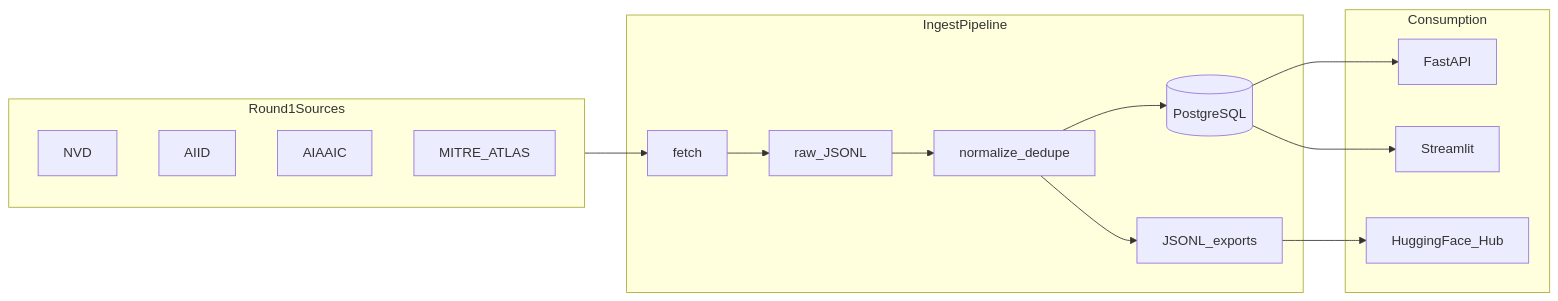
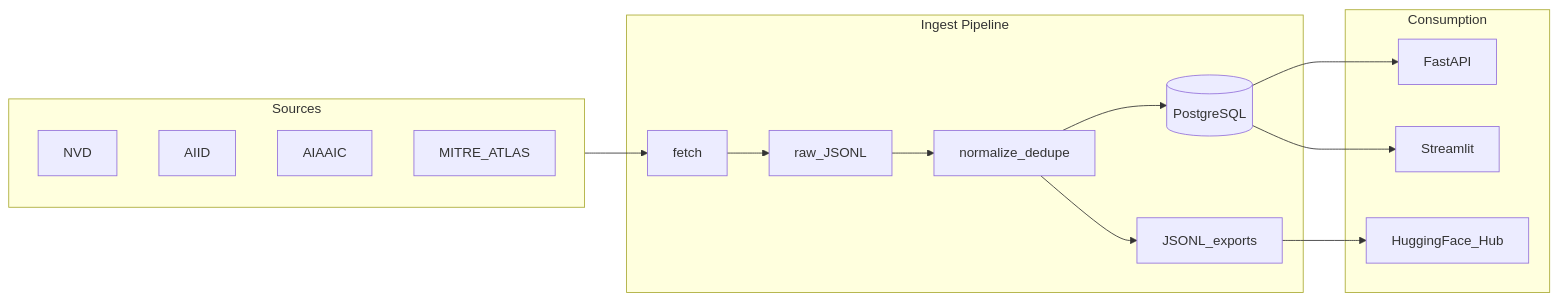
The diagram in README.md (tk-tobi/ai-sentinel-feed), drawn with Mermaid before and after one commit. The commit also changed other lines of this file and 5 other files, not shown here.

````diff
--- a/README.md
+++ b/README.md
@@ -59,28 +71,28 @@
 ```mermaid
 flowchart LR
-    subgraph sources [Round1Sources]
+    subgraph sources [Sources]
         NVD[NVD]
         AIID[AIID]
         AIAAIC[AIAAIC]
         ATLAS[MITRE_ATLAS]
     end
 
-    subgraph ingest [IngestPipeline]
+    subgraph ingest [Ingest Pipeline]
         fetch[fetch]
         raw[raw_JSONL]
         norm[normalize_dedupe]
         pg[(PostgreSQL)]
         exp[JSONL_exports]
     end
 
     subgraph consume [Consumption]
         api[FastAPI]
         dash[Streamlit]
         hf[HuggingFace_Hub]
     end
 
     sources --> fetch --> raw --> norm --> pg
     norm --> exp --> hf
     pg --> api
     pg --> dash
 ```
````
